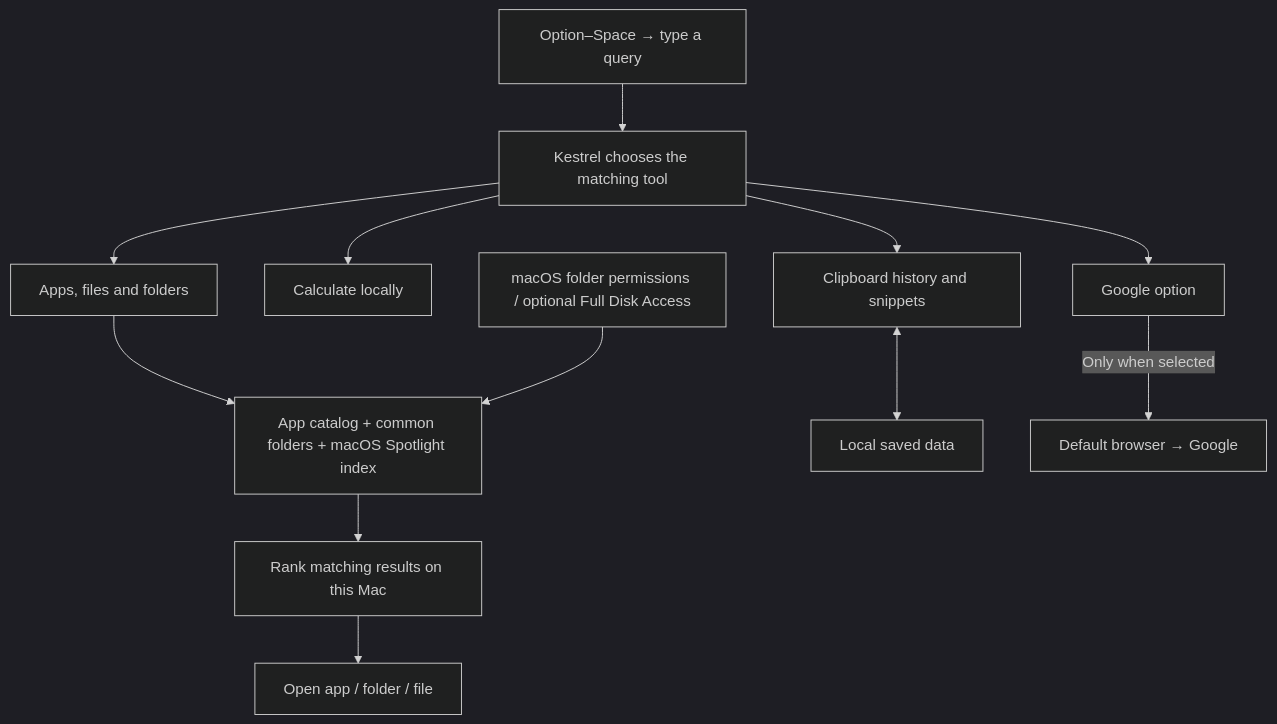
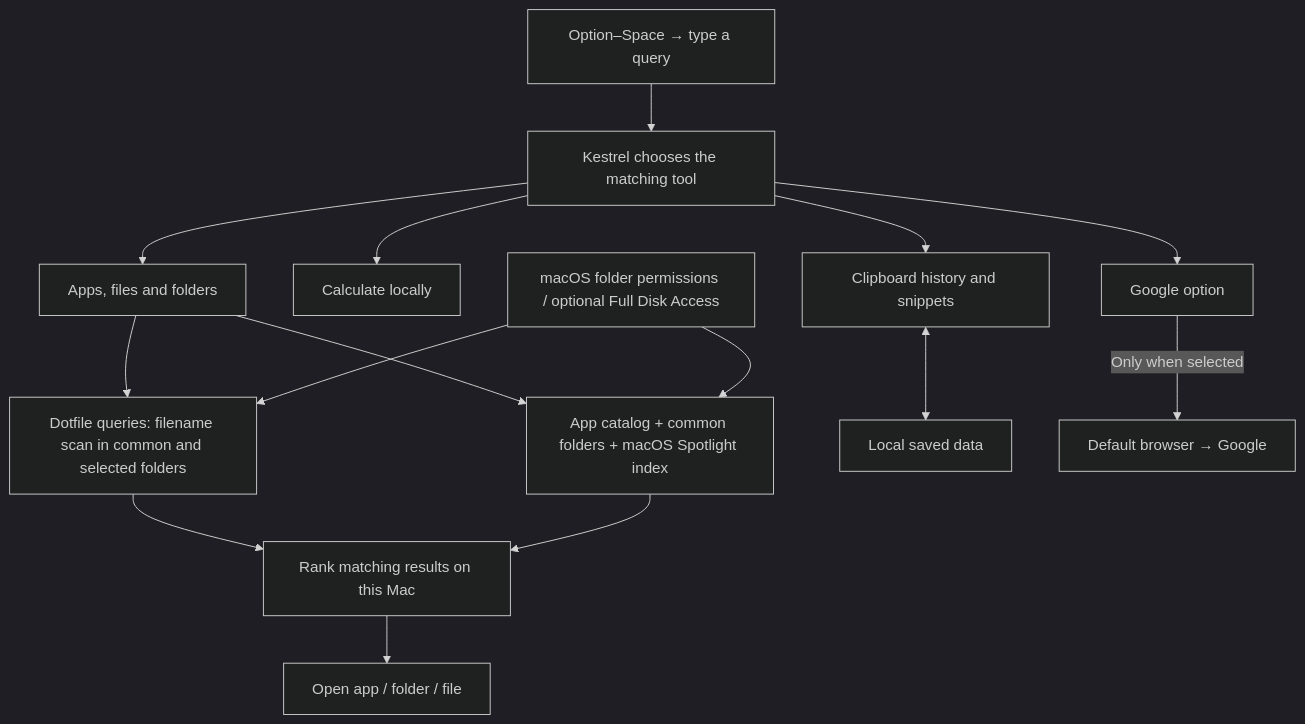
One commit to junoh-bg/kestrel changed the first of 2 diagrams in docs/how-kestrel-works.md. Above: the diagram before and after it, drawn with Mermaid (dark theme). The commit also changed other lines of this file and 10 other files, not shown here.

````diff
--- a/docs/how-kestrel-works.md
+++ b/docs/how-kestrel-works.md
@@ -7,14 +7,17 @@
 ```mermaid
 flowchart TD
     Input["Option–Space → type a query"] --> Router["Kestrel chooses the matching tool"]
     Router --> Search["Apps, files and folders"]
     Search --> Local["App catalog + common folders + macOS Spotlight index"]
+    Search --> Dotfiles["Dotfile queries: filename scan in common and selected folders"]
+    Dotfiles --> Results
     Local --> Results["Rank matching results on this Mac"]
     Results --> Open["Open app / folder / file"]
     Router --> Calc["Calculate locally"]
     Router --> Reuse["Clipboard history and snippets"]
     Reuse <--> Store["Local saved data"]
     Router --> Web["Google option"]
     Web -->|"Only when selected"| Browser["Default browser → Google"]
     Access["macOS folder permissions / optional Full Disk Access"] --> Local
+    Access --> Dotfiles
 ```
````
